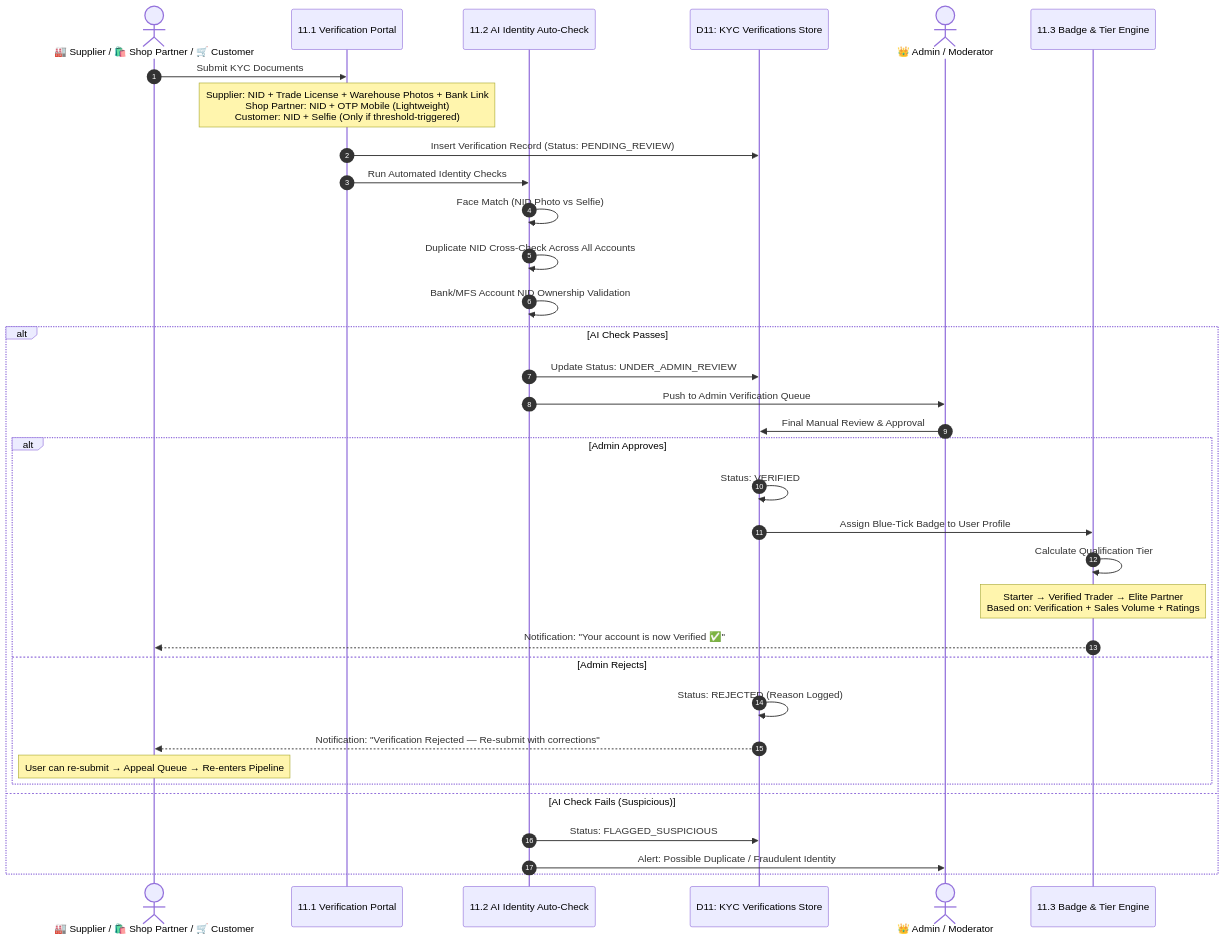
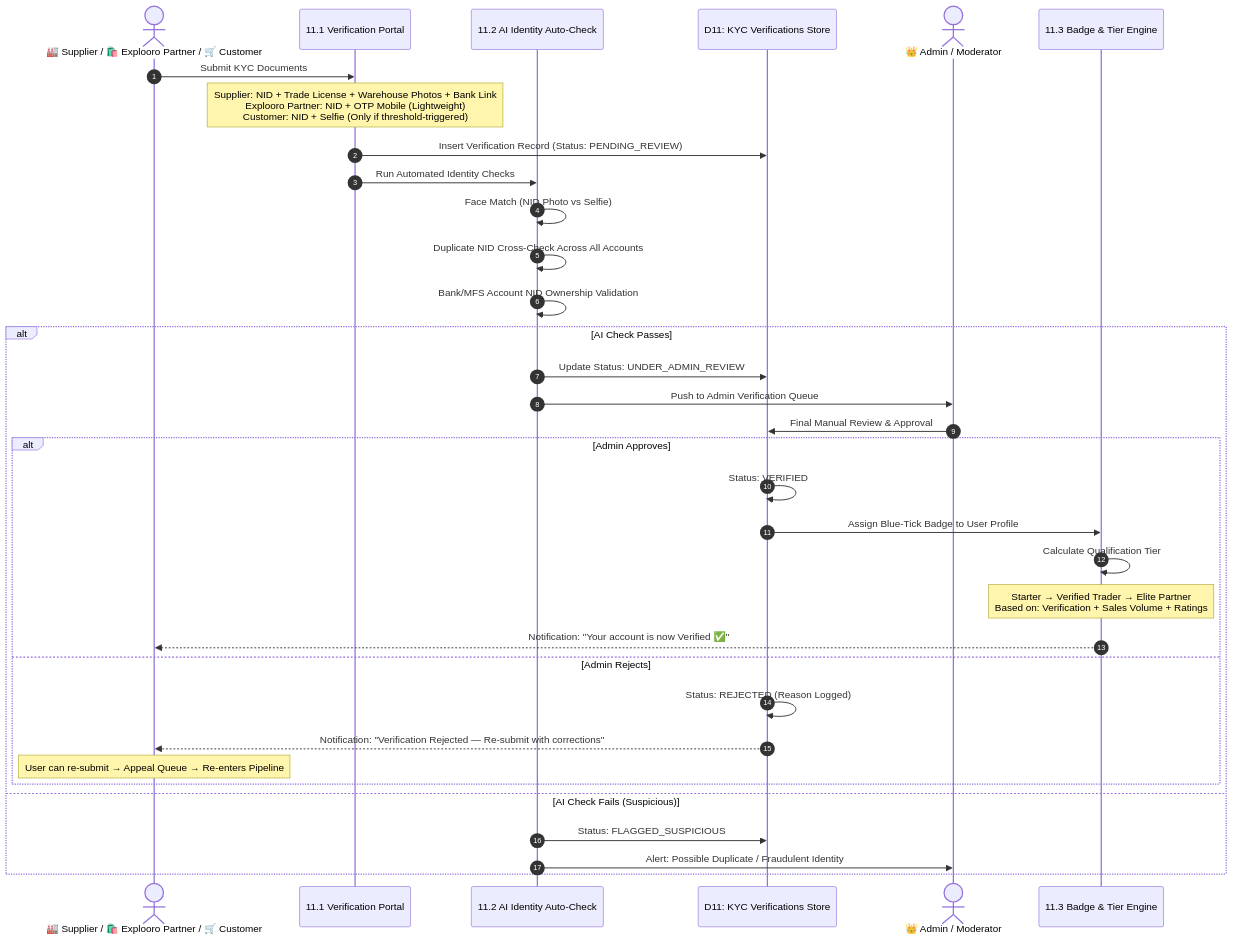
The ninth of 18 diagrams in docs/DFD.md (ashrafulta2/Explooro), drawn with Mermaid before and after one commit. The commit also changed other lines of this file and 431 other files, not shown here.

````diff
--- a/docs/DFD.md
+++ b/docs/DFD.md
@@ -372,41 +372,41 @@
 ```mermaid
 sequenceDiagram
     autonumber
-    actor User as 🏭 Supplier / 🛍️ Shop Partner / 🛒 Customer
+    actor User as 🏭 Supplier / 🛍️ Explooro Partner / 🛒 Customer
     participant VerifyUI as 11.1 Verification Portal
     participant AICheck as 11.2 AI Identity Auto-Check
     participant KYC_DB as D11: KYC Verifications Store
     actor Admin as 👑 Admin / Moderator
     participant BadgeEngine as 11.3 Badge & Tier Engine
 
     User->>VerifyUI: Submit KYC Documents
-    Note over VerifyUI: Supplier: NID + Trade License + Warehouse Photos + Bank Link<br/>Shop Partner: NID + OTP Mobile (Lightweight)<br/>Customer: NID + Selfie (Only if threshold-triggered)
+    Note over VerifyUI: Supplier: NID + Trade License + Warehouse Photos + Bank Link<br/>Explooro Partner: NID + OTP Mobile (Lightweight)<br/>Customer: NID + Selfie (Only if threshold-triggered)
 
     VerifyUI->>KYC_DB: Insert Verification Record (Status: PENDING_REVIEW)
     VerifyUI->>AICheck: Run Automated Identity Checks
 
     AICheck->>AICheck: Face Match (NID Photo vs Selfie)
     AICheck->>AICheck: Duplicate NID Cross-Check Across All Accounts
     AICheck->>AICheck: Bank/MFS Account NID Ownership Validation
 
     alt AI Check Passes
         AICheck->>KYC_DB: Update Status: UNDER_ADMIN_REVIEW
         AICheck->>Admin: Push to Admin Verification Queue
         Admin->>KYC_DB: Final Manual Review & Approval
         
         alt Admin Approves
             KYC_DB->>KYC_DB: Status: VERIFIED
             KYC_DB->>BadgeEngine: Assign Blue-Tick Badge to User Profile
             BadgeEngine->>BadgeEngine: Calculate Qualification Tier
             Note over BadgeEngine: Starter → Verified Trader → Elite Partner<br/>Based on: Verification + Sales Volume + Ratings
             BadgeEngine-->>User: Notification: "Your account is now Verified ✅"
         else Admin Rejects
             KYC_DB->>KYC_DB: Status: REJECTED (Reason Logged)
             KYC_DB-->>User: Notification: "Verification Rejected — Re-submit with corrections"
             Note over User: User can re-submit → Appeal Queue → Re-enters Pipeline
         end
     else AI Check Fails (Suspicious)
         AICheck->>KYC_DB: Status: FLAGGED_SUSPICIOUS
         AICheck->>Admin: Alert: Possible Duplicate / Fraudulent Identity
     end
 ```
````
